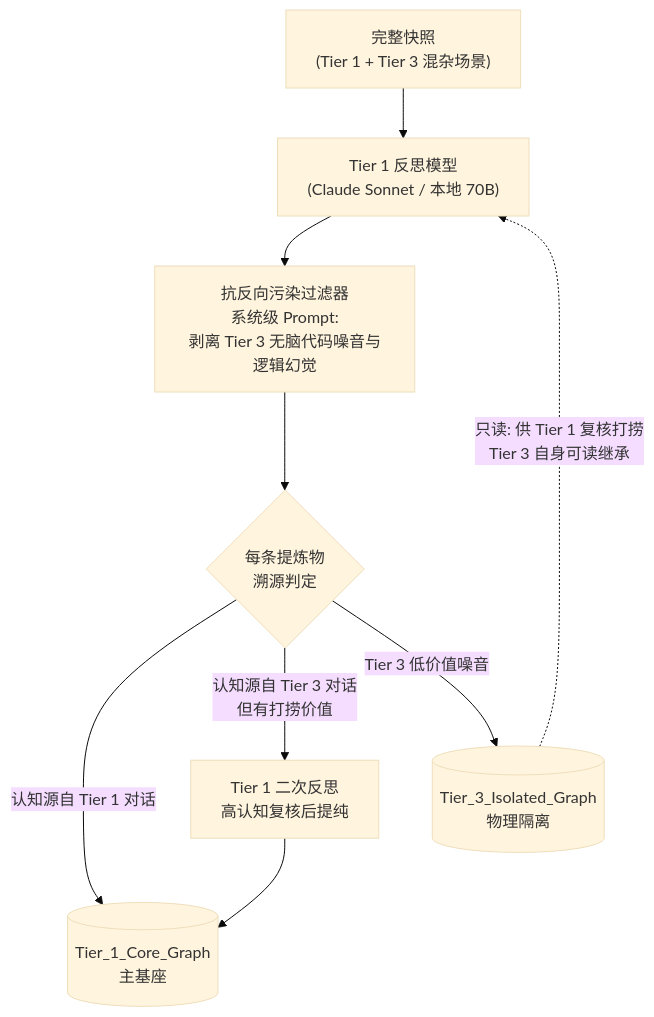
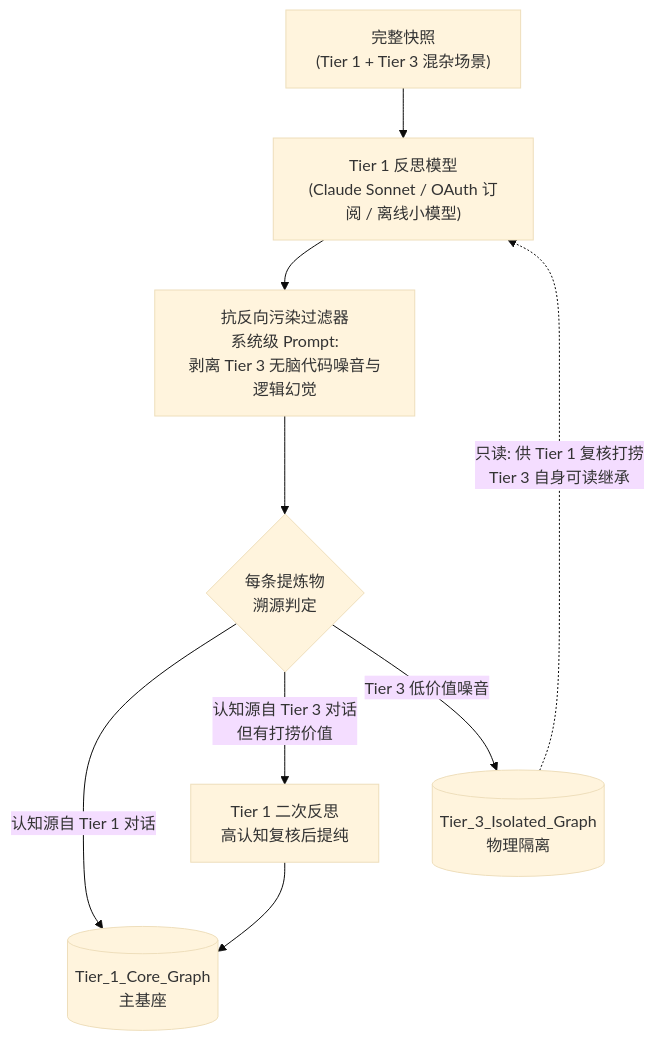
The third of 5 diagrams in docs/design/02-梦境引擎.md (MnemoSeed/mnemoseed), drawn with Mermaid (base theme) before and after one commit. The commit also changed other lines of this file and 7 other files, not shown here.

````diff
--- a/docs/design/02-梦境引擎.md
+++ b/docs/design/02-梦境引擎.md
@@ -76,10 +76,10 @@
 ```mermaid
 flowchart TB
-    Snap["完整快照<br/>(Tier 1 + Tier 3 混杂场景)"] --> T1M["Tier 1 反思模型<br/>(Claude Sonnet / 本地 70B)"]
+    Snap["完整快照<br/>(Tier 1 + Tier 3 混杂场景)"] --> T1M["Tier 1 反思模型<br/>(Claude Sonnet / OAuth 订阅 / 离线小模型)"]
     T1M --> Filter["抗反向污染过滤器<br/>系统级 Prompt:<br/>剥离 Tier 3 无脑代码噪音与逻辑幻觉"]
     Filter --> Judge{"每条提炼物<br/>溯源判定"}
     Judge -->|"认知源自 Tier 1 对话"| T1W[("Tier_1_Core_Graph<br/>主基座")]
     Judge -->|"认知源自 Tier 3 对话<br/>但有打捞价值"| T1R["Tier 1 二次反思<br/>高认知复核后提纯"] --> T1W
     Judge -->|"Tier 3 低价值噪音"| T3W[("Tier_3_Isolated_Graph<br/>物理隔离")]
     T3W -.->|"只读: 供 Tier 1 复核打捞<br/>Tier 3 自身可读继承"| T1M
 ```
````
